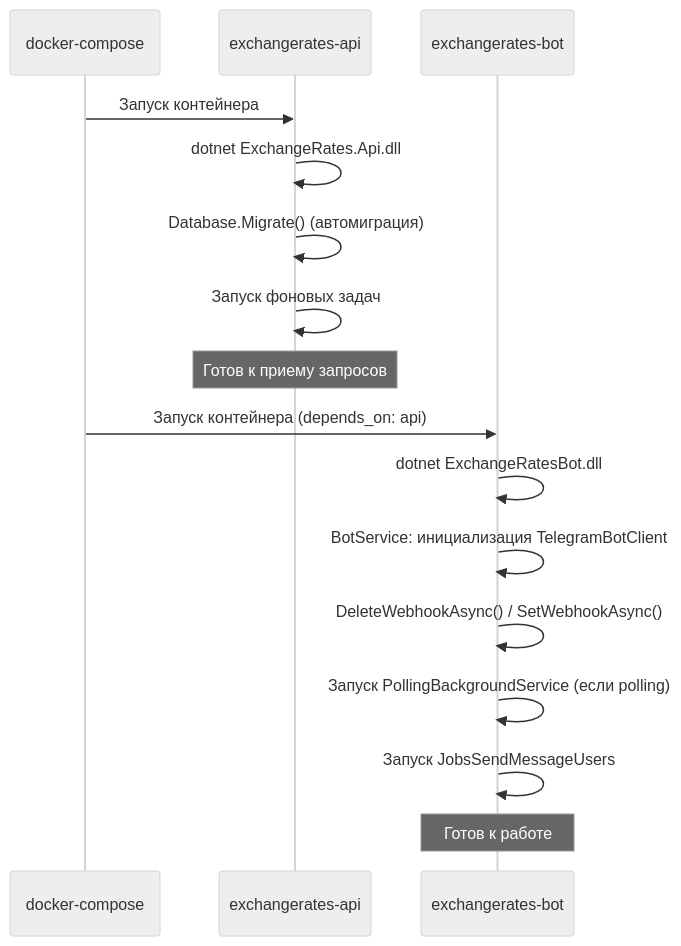
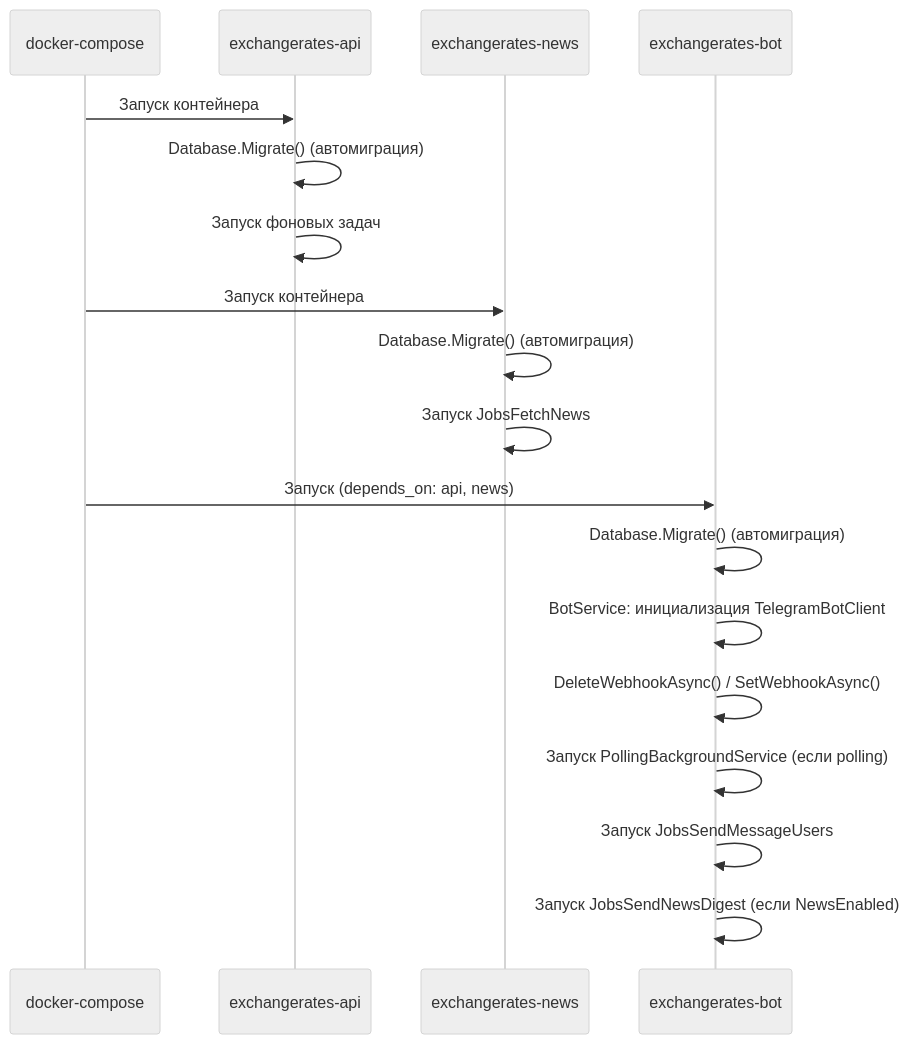
Before and after one commit to Jenausmax/ExchangeRates.Api: diagram 20 of 20 in doc/architecture.md, drawn with Mermaid (neutral theme). The commit also changed other lines of this file and 2 other files, not shown here.

````diff
--- a/doc/architecture.md
+++ b/doc/architecture.md
@@ -829,20 +999,23 @@
 ```mermaid
 sequenceDiagram
     participant DC as docker-compose
     participant API as exchangerates-api
+    participant News as exchangerates-news
     participant Bot as exchangerates-bot
 
     DC->>API: Запуск контейнера
-    API->>API: dotnet ExchangeRates.Api.dll
     API->>API: Database.Migrate() (автомиграция)
     API->>API: Запуск фоновых задач
-    Note over API: Готов к приему запросов
 
-    DC->>Bot: Запуск контейнера (depends_on: api)
-    Bot->>Bot: dotnet ExchangeRatesBot.dll
+    DC->>News: Запуск контейнера
+    News->>News: Database.Migrate() (автомиграция)
+    News->>News: Запуск JobsFetchNews
+
+    DC->>Bot: Запуск (depends_on: api, news)
+    Bot->>Bot: Database.Migrate() (автомиграция)
     Bot->>Bot: BotService: инициализация TelegramBotClient
     Bot->>Bot: DeleteWebhookAsync() / SetWebhookAsync()
     Bot->>Bot: Запуск PollingBackgroundService (если polling)
     Bot->>Bot: Запуск JobsSendMessageUsers
-    Note over Bot: Готов к работе
+    Bot->>Bot: Запуск JobsSendNewsDigest (если NewsEnabled)
 ```
````
